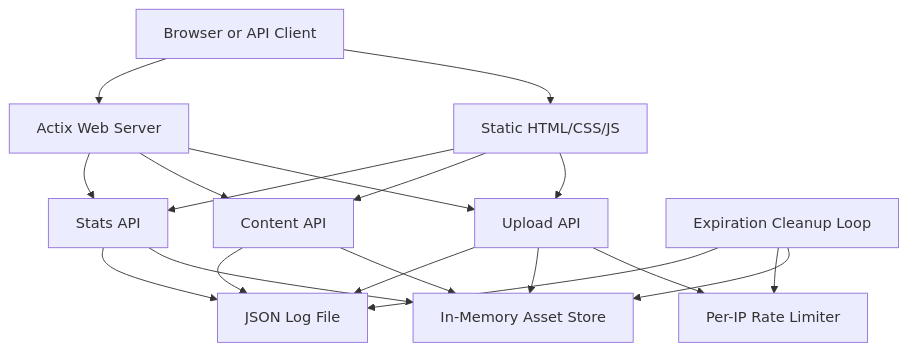
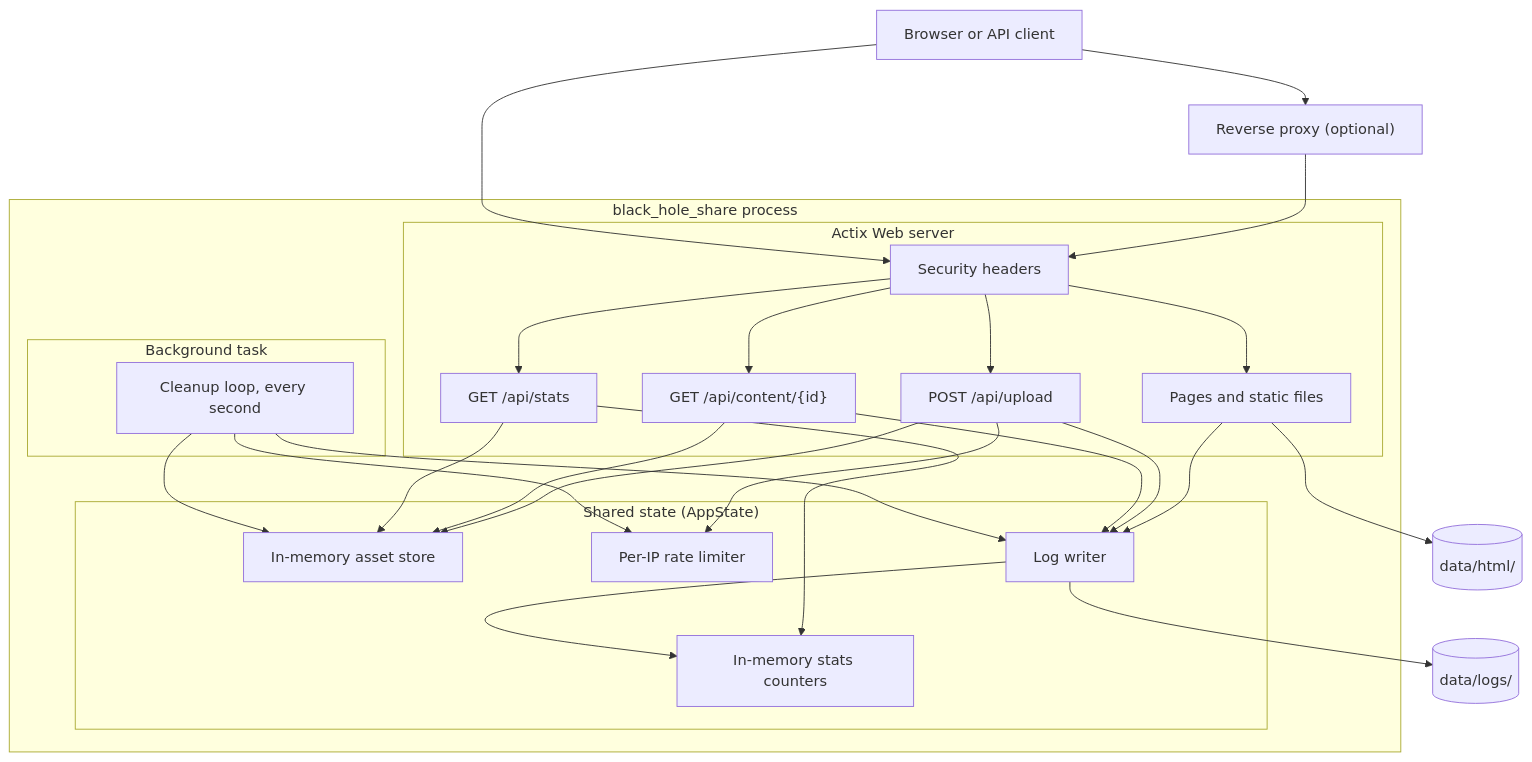
The diagram in docs/block-diagram.md (icsboyx/black_hole_share), drawn with Mermaid before and after one commit. The commit also changed other lines of this file, not shown here.

Commit message:
Update block diagram to match current architecture

````diff
--- a/docs/block-diagram.md
+++ b/docs/block-diagram.md
@@ -3,34 +3,57 @@
 ```mermaid
 flowchart TD
-    Client[Browser or API Client]
-    Static[Static HTML/CSS/JS]
-    Server[Actix Web Server]
-    Upload[Upload API]
-    Content[Content API]
-    Stats[Stats API]
-    Store[In-Memory Asset Store]
-    Limit[Per-IP Rate Limiter]
-    Cleanup[Expiration Cleanup Loop]
-    Logs[JSON Log File]
+    Client["Browser or API client"]
+    Proxy["Reverse proxy (optional)"]
+    HtmlFiles[("data/html/")]
+    LogFiles[("data/logs/")]
 
-    Client --> Static
-    Client --> Server
-    Static --> Upload
-    Static --> Content
-    Static --> Stats
+    subgraph Process["black_hole_share process"]
+        subgraph Web["Actix Web server"]
+            Headers["Security headers"]
+            Pages["Pages and static files"]
+            Upload["POST /api/upload"]
+            Content["GET /api/content/{id}"]
+            Stats["GET /api/stats"]
+        end
 
-    Server --> Upload
-    Server --> Content
-    Server --> Stats
+        subgraph Background["Background task"]
+            Cleanup["Cleanup loop, every second"]
+        end
+
+        subgraph State["Shared state (AppState)"]
+            Store["In-memory asset store"]
+            Limit["Per-IP rate limiter"]
+            Logger["Log writer"]
+            Counters["In-memory stats counters"]
+        end
+    end
+
+    Client --> Proxy
+    Proxy --> Headers
+    Client --> Headers
+
+    Headers --> Pages
+    Headers --> Upload
+    Headers --> Content
+    Headers --> Stats
+
+    Pages --> HtmlFiles
+    Pages --> Logger
 
     Upload --> Limit
     Upload --> Store
-    Upload --> Logs
+    Upload --> Logger
+
     Content --> Store
-    Content --> Logs
+    Content --> Logger
+
     Stats --> Store
-    Stats --> Logs
+    Stats --> Counters
+
     Cleanup --> Store
     Cleanup --> Limit
-    Cleanup --> Logs
+    Cleanup --> Logger
+
+    Logger --> Counters
+    Logger --> LogFiles
 ```
````
